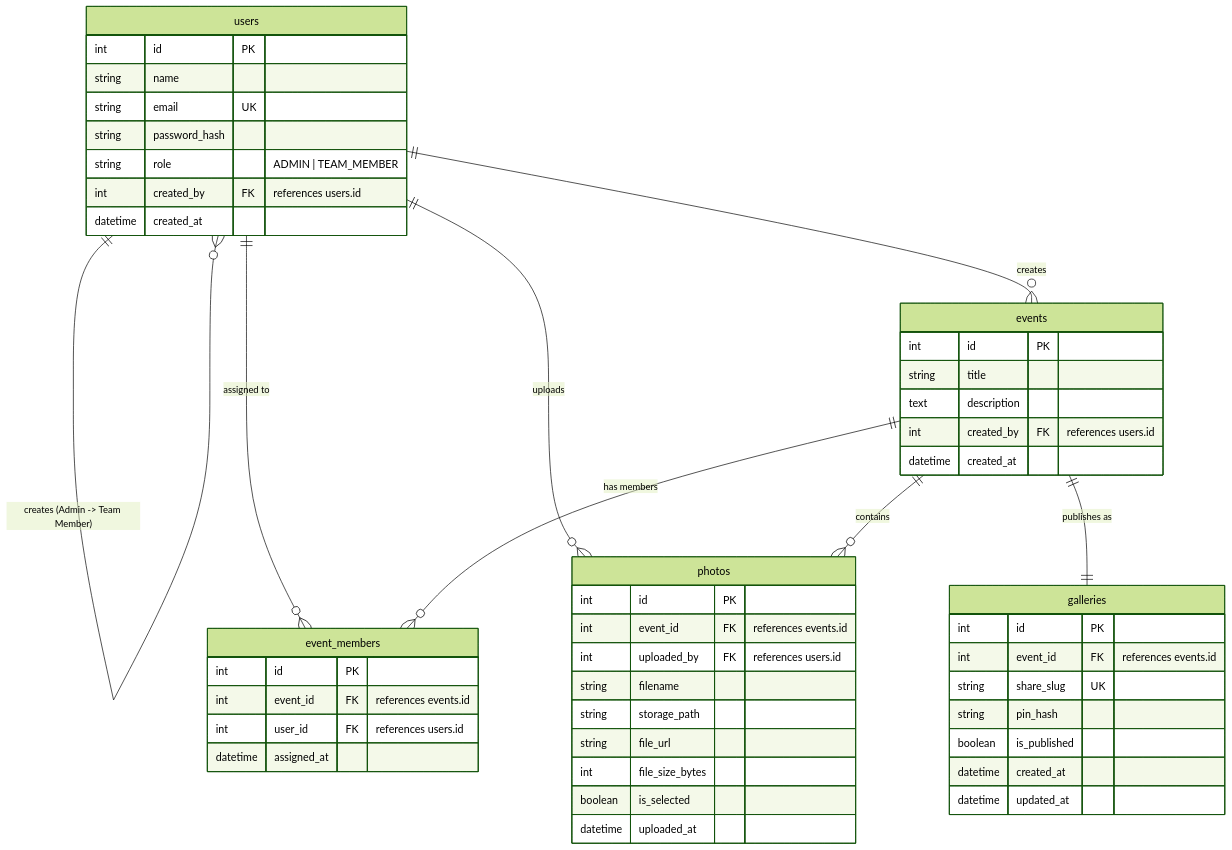
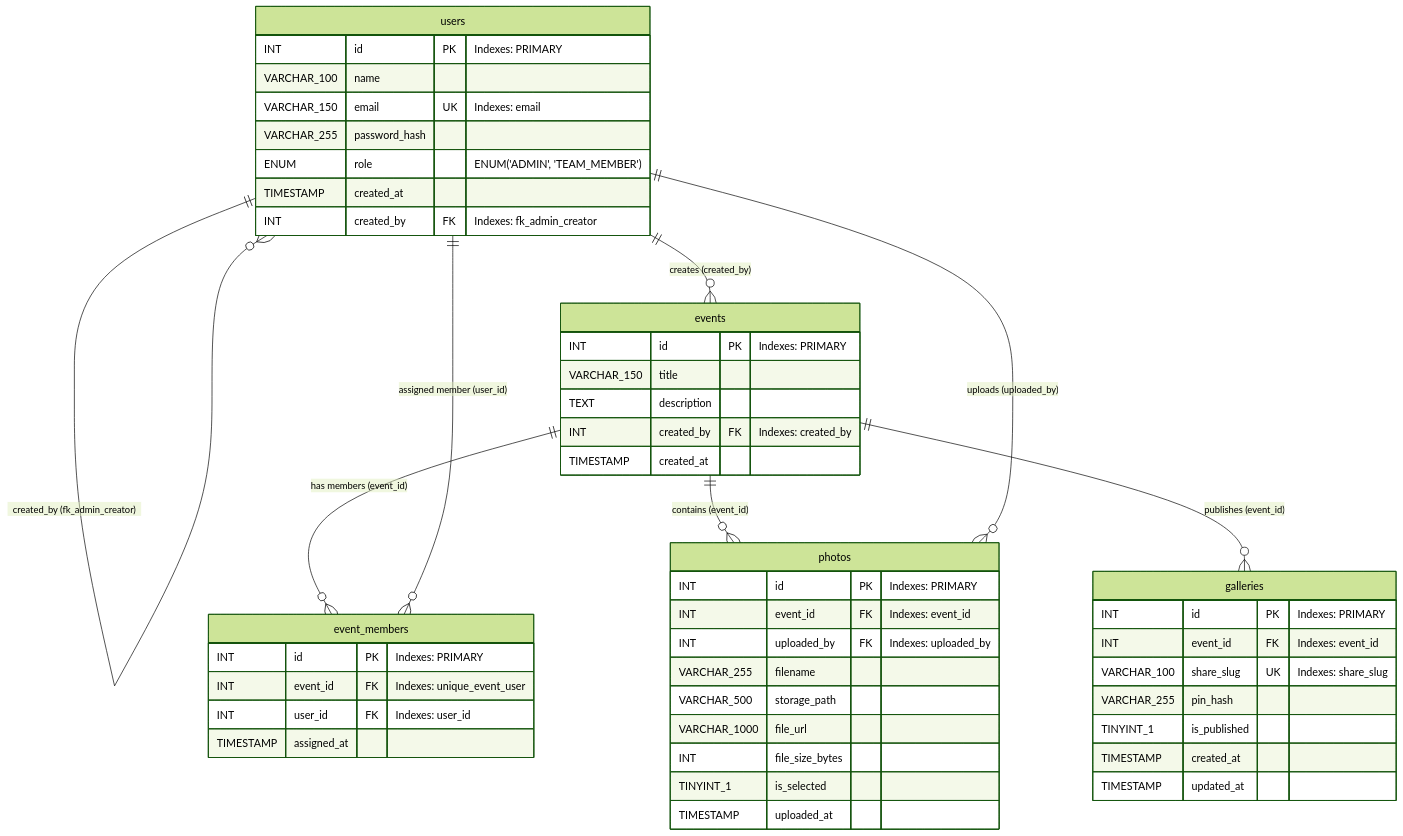
Before and after one commit to rajkamalr-in/FrameVault: the second of 2 diagrams in README.md, drawn with Mermaid (forest theme).

Commit message:
docs: update ER diagram to match official schema specification

````diff
--- a/README.md
+++ b/README.md
@@ -57,57 +57,57 @@
 ```mermaid
 erDiagram
     users {
-        int id PK
-        string name
-        string email UK
-        string password_hash
-        string role "ADMIN | TEAM_MEMBER"
-        int created_by FK "references users.id"
-        datetime created_at
+        INT id PK "Indexes: PRIMARY"
+        VARCHAR_100 name
+        VARCHAR_150 email UK "Indexes: email"
+        VARCHAR_255 password_hash
+        ENUM role "ENUM('ADMIN', 'TEAM_MEMBER')"
+        TIMESTAMP created_at
+        INT created_by FK "Indexes: fk_admin_creator"
     }
 
     events {
-        int id PK
-        string title
-        text description
-        int created_by FK "references users.id"
-        datetime created_at
+        INT id PK "Indexes: PRIMARY"
+        VARCHAR_150 title
+        TEXT description
+        INT created_by FK "Indexes: created_by"
+        TIMESTAMP created_at
     }
 
     event_members {
-        int id PK
-        int event_id FK "references events.id"
-        int user_id FK "references users.id"
-        datetime assigned_at
+        INT id PK "Indexes: PRIMARY"
+        INT event_id FK "Indexes: unique_event_user"
+        INT user_id FK "Indexes: user_id"
+        TIMESTAMP assigned_at
     }
 
     photos {
-        int id PK
-        int event_id FK "references events.id"
-        int uploaded_by FK "references users.id"
-        string filename
-        string storage_path
-        string file_url
-        int file_size_bytes
-        boolean is_selected
-        datetime uploaded_at
+        INT id PK "Indexes: PRIMARY"
+        INT event_id FK "Indexes: event_id"
+        INT uploaded_by FK "Indexes: uploaded_by"
+        VARCHAR_255 filename
+        VARCHAR_500 storage_path
+        VARCHAR_1000 file_url
+        INT file_size_bytes
+        TINYINT_1 is_selected
+        TIMESTAMP uploaded_at
     }
 
     galleries {
-        int id PK
-        int event_id FK "references events.id"
-        string share_slug UK
-        string pin_hash
-        boolean is_published
-        datetime created_at
-        datetime updated_at
+        INT id PK "Indexes: PRIMARY"
+        INT event_id FK "Indexes: event_id"
+        VARCHAR_100 share_slug UK "Indexes: share_slug"
+        VARCHAR_255 pin_hash
+        TINYINT_1 is_published
+        TIMESTAMP created_at
+        TIMESTAMP updated_at
     }
 
-    users ||--o{ users : "creates (Admin -> Team Member)"
-    users ||--o{ events : "creates"
-    users ||--o{ event_members : "assigned to"
-    events ||--o{ event_members : "has members"
-    users ||--o{ photos : "uploads"
-    events ||--o{ photos : "contains"
-    events ||--|| galleries : "publishes as"
+    users ||--o{ users : "created_by (fk_admin_creator)"
+    users ||--o{ events : "creates (created_by)"
+    events ||--o{ event_members : "has members (event_id)"
+    users ||--o{ event_members : "assigned member (user_id)"
+    events ||--o{ photos : "contains (event_id)"
+    users ||--o{ photos : "uploads (uploaded_by)"
+    events ||--o{ galleries : "publishes (event_id)"
 ```
````
